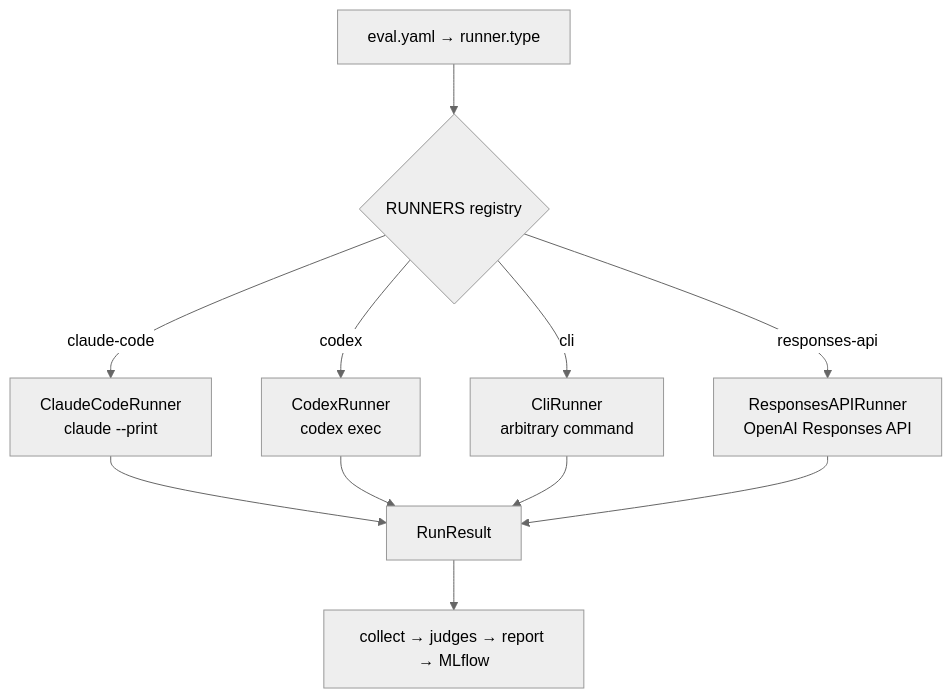
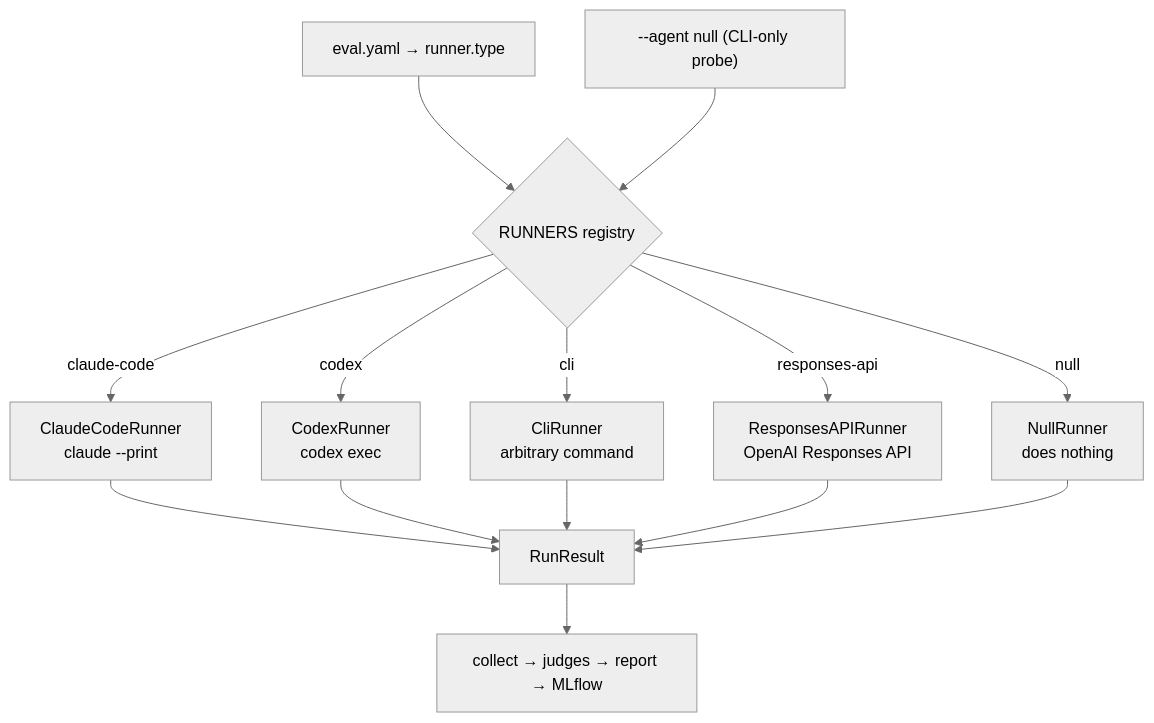
The diagram in website/concepts/runners.md (opendatahub-io/agent-eval-harness), drawn with Mermaid (neutral theme) before and after one commit. The commit also changed other lines of this file and 13 other files, not shown here.

First line of the commit message:
feat(dataset): null-agent solvability probe

````diff
--- a/website/concepts/runners.md
+++ b/website/concepts/runners.md
@@ -25,13 +26,16 @@
 ```mermaid
 flowchart TD
     C["eval.yaml → runner.type"] --> R{RUNNERS registry}
+    F["--agent null (CLI-only probe)"] --> R
     R -->|claude-code| CC["ClaudeCodeRunner<br/>claude --print"]
     R -->|codex| CX["CodexRunner<br/>codex exec"]
     R -->|cli| CLI["CliRunner<br/>arbitrary command"]
     R -->|responses-api| RA["ResponsesAPIRunner<br/>OpenAI Responses API"]
+    R -->|null| NR["NullRunner<br/>does nothing"]
     CC --> RR["RunResult"]
     CX --> RR
     CLI --> RR
     RA --> RR
+    NR --> RR
     RR --> S["collect → judges → report → MLflow"]
 ```
````
